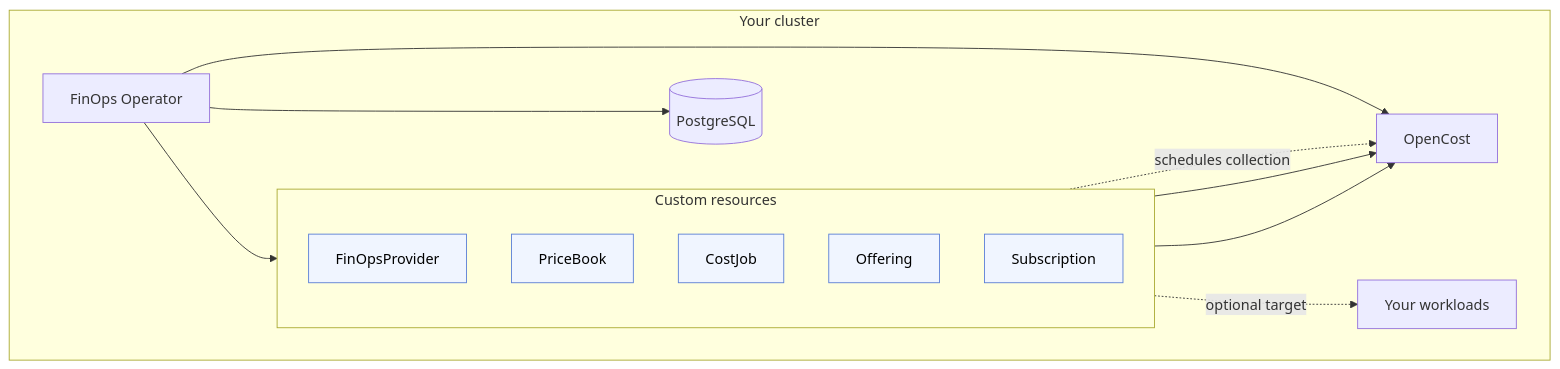
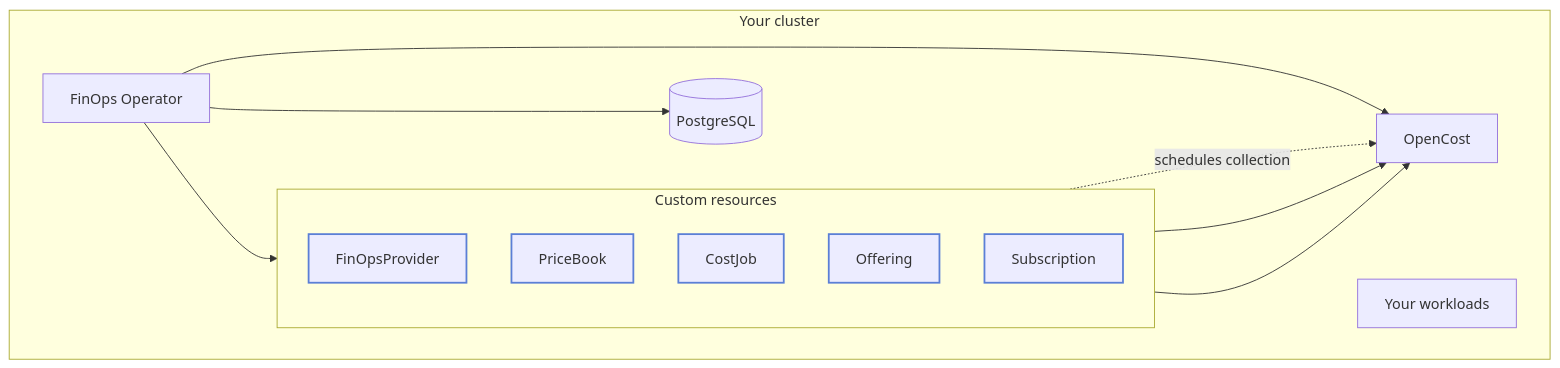
One commit to stakater/finops-docs changed the diagram in content/index.md. Above: the diagram before and after it, drawn with Mermaid. The commit also changed 27 other files, not shown here.

````diff
--- a/content/index.md
+++ b/content/index.md
@@ -16,28 +16,27 @@
 ```mermaid
 flowchart LR
     subgraph cluster[Your cluster]
         direction LR
         Ops["FinOps Operator"]
         subgraph crds[Custom resources]
             direction TB
             FP[FinOpsProvider]
             PB[PriceBook]
             CJ[CostJob]
             Off[Offering]
             Sub[Subscription]
         end
         OC[OpenCost]
         PG[(PostgreSQL)]
         Work[Your workloads]
     end
 
     Ops --> crds
     Ops --> OC
     Ops --> PG
-    Sub -. optional target .-> Work
     CJ -. schedules collection .-> OC
     PB --> OC
     FP --> OC
-    classDef crdStyle fill:#f0f5ff,stroke:#5b7fd6,color:#000;
+    classDef crdStyle stroke:#5b7fd6,stroke-width:2px;
     class FP,PB,CJ,Off,Sub crdStyle;
 ```
````
